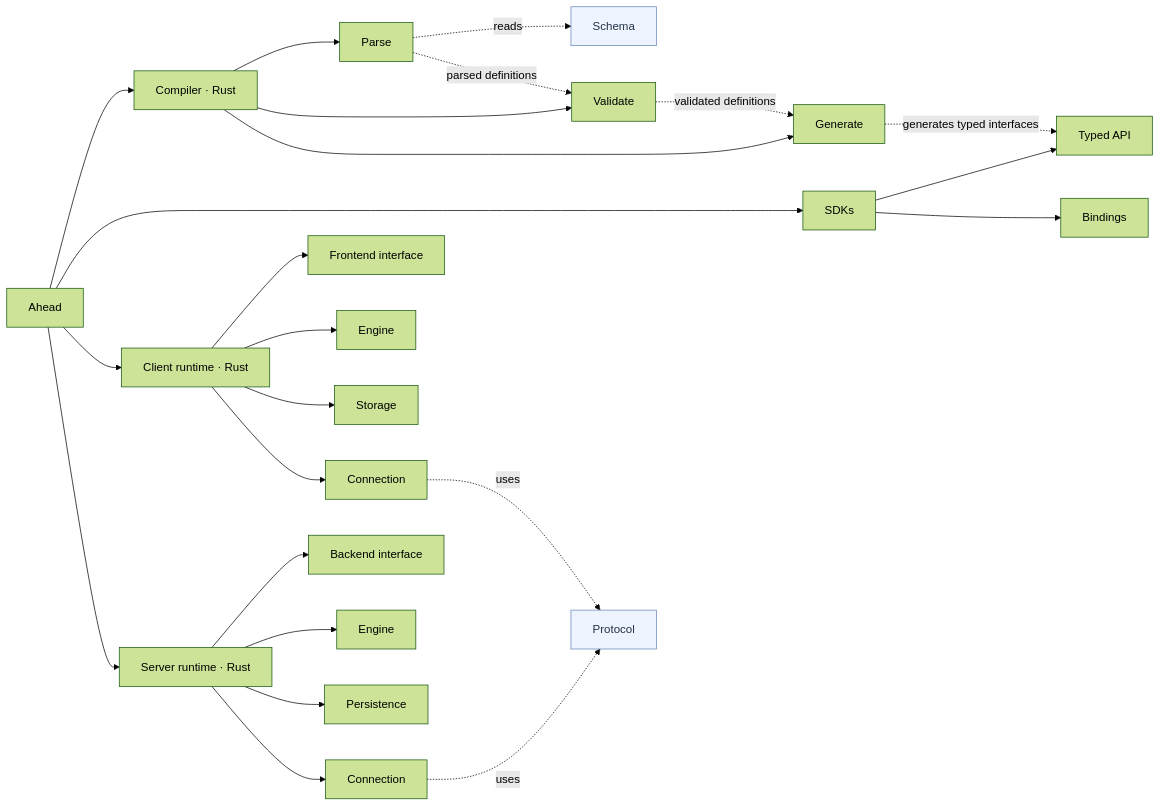
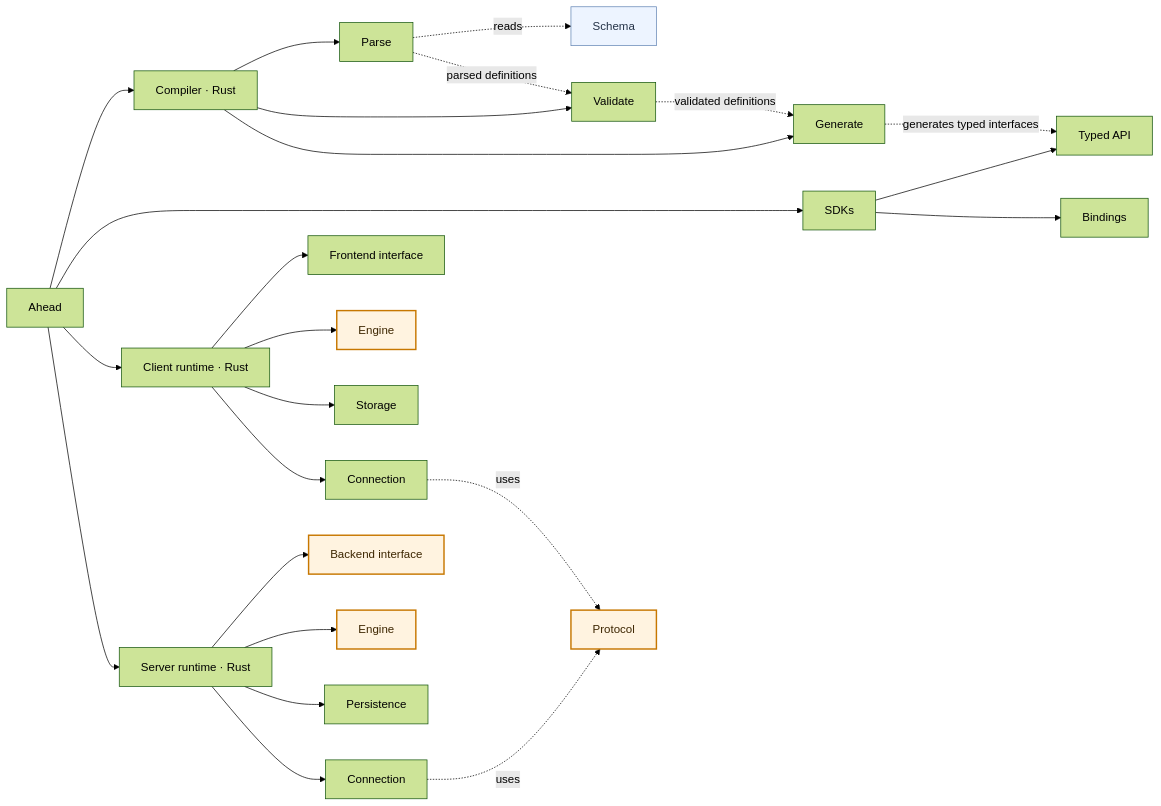
One commit to zanminwang/ahead changed the diagram in docs/engineering/architecture.md. Above: the diagram before and after it, drawn with Mermaid (forest theme). The commit also changed other lines of this file, not shown here.

Commit message:
Docs: name the four core parts in the architecture overview

````diff
--- a/docs/engineering/architecture.md
+++ b/docs/engineering/architecture.md
@@ -44,39 +57,41 @@
 ```mermaid
 flowchart LR
     A["Ahead"]
 
     A --> C["Compiler · Rust"]
     C --> CP["Parse"]
     C --> CV["Validate"]
     C --> CG["Generate"]
 
     A --> SDK["SDKs"]
     SDK --> API["Typed API"]
     SDK --> B["Bindings"]
 
     A --> CL["Client runtime · Rust"]
     CL --> CF["Frontend interface"]
     CL --> CE["Engine"]
     CL --> CS["Storage"]
     CL --> CC["Connection"]
 
     A --> SR["Server runtime · Rust"]
     SR --> SB["Backend interface"]
     SR --> SE["Engine"]
     SR --> SP["Persistence"]
     SR --> SC["Connection"]
 
     SCH["Schema"]
     PRO["Protocol"]
 
     CP -. reads .-> SCH
     CP -. parsed definitions .-> CV
     CV -. validated definitions .-> CG
     CG -. generates typed interfaces .-> API
 
     CC -. uses .-> PRO
     SC -. uses .-> PRO
 
     classDef contract fill:#edf4ff,stroke:#6485b5,color:#243247;
-    class SCH,PRO contract;
+    classDef core fill:#fff3e0,stroke:#c77700,color:#3d2600,stroke-width:2px;
+    class SCH contract;
+    class PRO,CE,SE,SB core;
 ```
````
